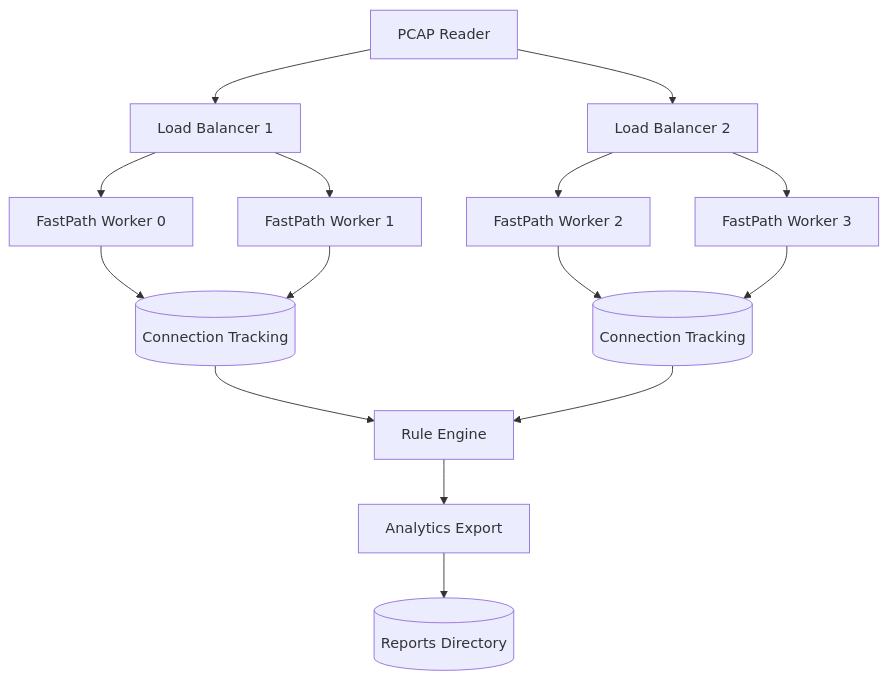
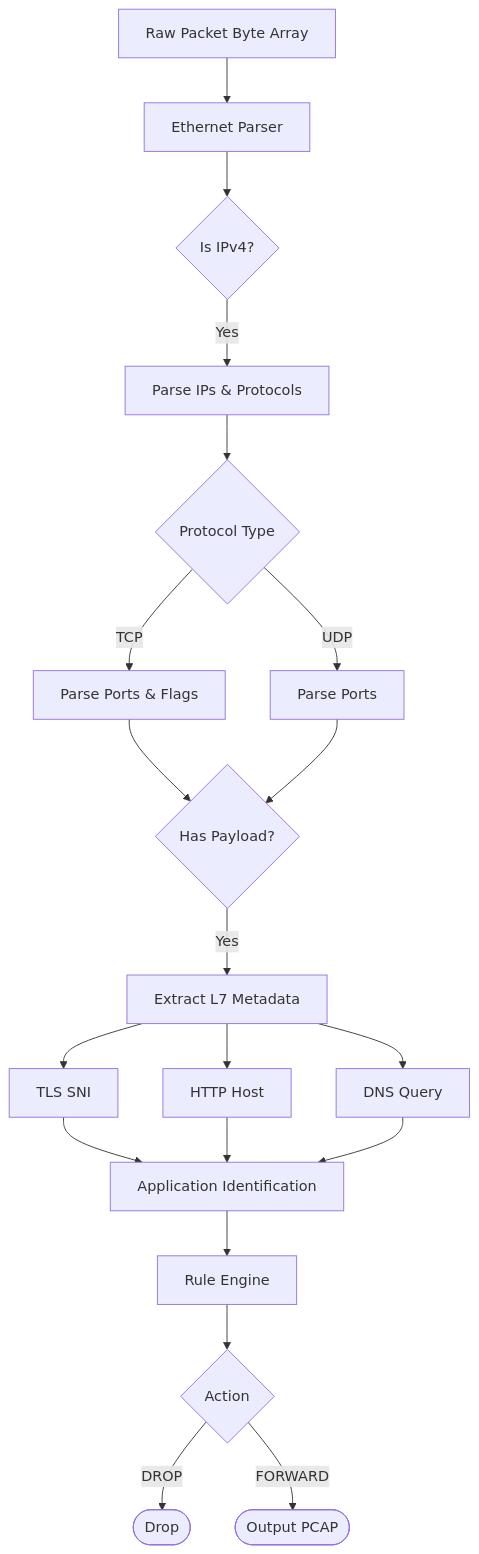
The second of 8 diagrams in README.md (NamanKejriwal/DPI-Engine), drawn with Mermaid before and after one commit. The commit also changed other lines of this file and 7 other files, not shown here.

Commit message:
Add flow lifecycle management

````diff
--- a/README.md
+++ b/README.md
@@ -102,22 +132,27 @@
 ```mermaid
 flowchart TD
-    R[PCAP Reader] --> LB1[Load Balancer 1]
-    R --> LB2[Load Balancer 2]
+    Raw[Raw Packet Byte Array] --> Eth[Ethernet Parser]
+    Eth --> IPv4{Is IPv4?}
+    IPv4 -- Yes --> IP[Parse IPs & Protocols]
+    IP --> Trans{Protocol Type}
     
-    LB1 --> FP1[FastPath Worker 0]
-    LB1 --> FP2[FastPath Worker 1]
+    Trans -- TCP --> TCPParser[Parse Ports & Flags]
+    Trans -- UDP --> UDPParser[Parse Ports]
     
-    LB2 --> FP3[FastPath Worker 2]
-    LB2 --> FP4[FastPath Worker 3]
+    TCPParser --> Payload{Has Payload?}
+    UDPParser --> Payload
     
-    FP1 --> CT1[(Connection Tracking)]
-    FP2 --> CT1
-    FP3 --> CT2[(Connection Tracking)]
-    FP4 --> CT2
+    Payload -- Yes --> Extract[Extract L7 Metadata]
+    Extract --> TLS[TLS SNI]
+    Extract --> HTTP[HTTP Host]
+    Extract --> DNS[DNS Query]
     
-    CT1 --> RE[Rule Engine]
-    CT2 --> RE
+    TLS --> AppIdent[Application Identification]
+    HTTP --> AppIdent
+    DNS --> AppIdent
     
-    RE --> AE[Analytics Export]
-    AE --> REP[(Reports Directory)]
+    AppIdent --> Rule[Rule Engine]
+    Rule --> Forward{Action}
+    Forward -- DROP --> DropSink([Drop])
+    Forward -- FORWARD --> Writer([Output PCAP])
 ```
````
